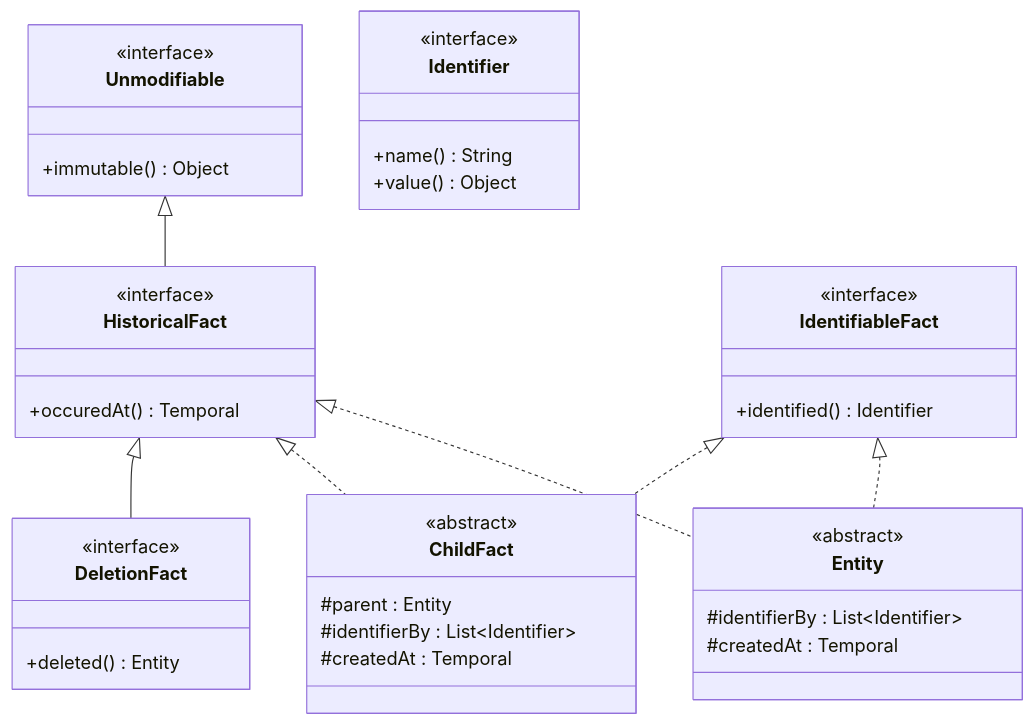
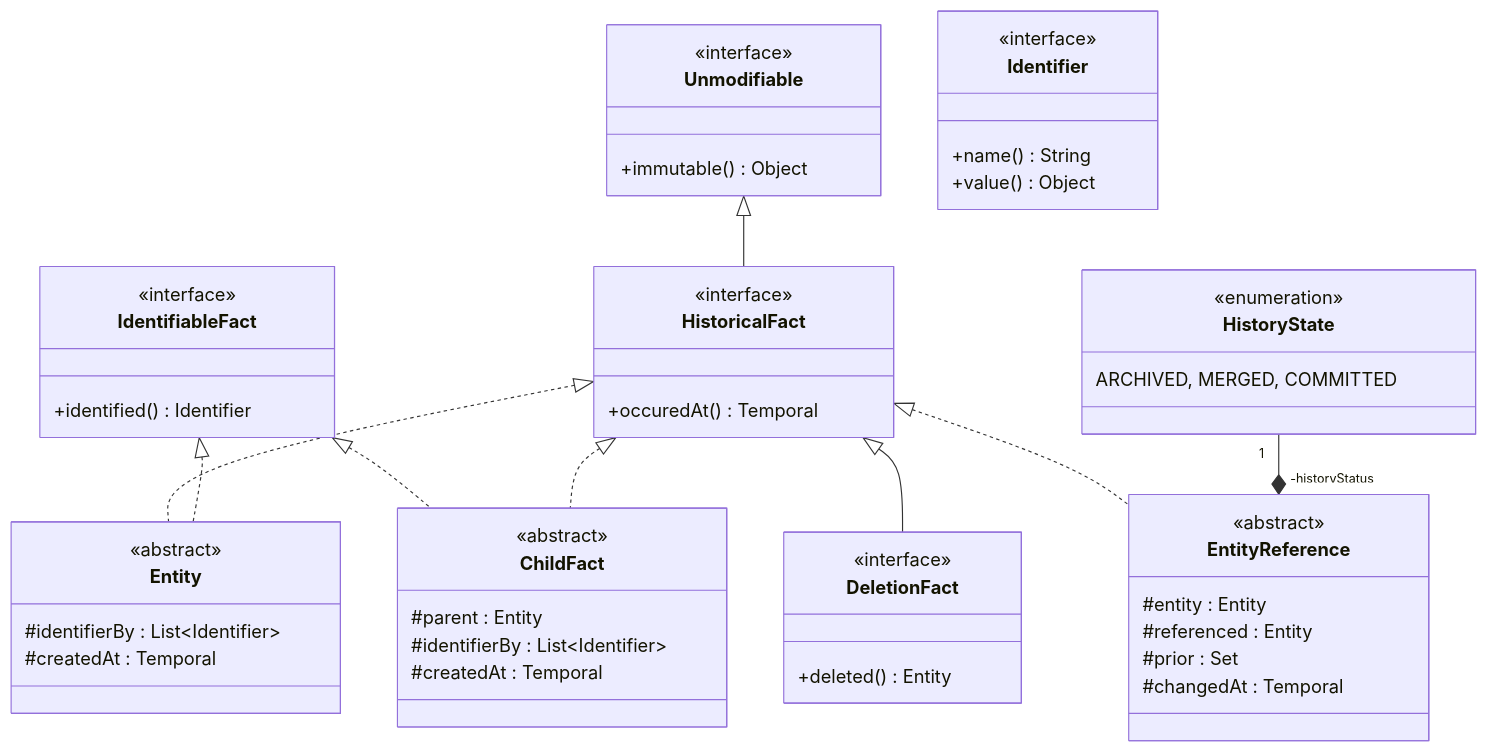
One commit to cybnity/foundation changed the diagram in implementations-line/framework/immutable/README.md. Above: the diagram before and after it, drawn with Mermaid. The commit also changed 4 other files, not shown here.

````diff
--- a/implementations-line/framework/immutable/README.md
+++ b/implementations-line/framework/immutable/README.md
@@ -27,41 +27,54 @@
 ```mermaid
 classDiagram
     HistoricalFact <|.. Entity
     IdentifiableFact <|.. Entity
     IdentifiableFact <|.. ChildFact
     Unmodifiable <|-- HistoricalFact
     HistoricalFact <|.. ChildFact
     HistoricalFact <|-- DeletionFact
+    HistoricalFact <|.. EntityReference
+    HistoryState "1" --* "-historyStatus" EntityReference
     class HistoricalFact {
         <<interface>>
         +occuredAt() Temporal
     }
     class IdentifiableFact {
         <<interface>>
         +identified() Identifier
     }
     class Entity {
         <<abstract>>
         #identifierBy : List~Identifier~
         #createdAt : Temporal
     }
     class ChildFact {
         <<abstract>>
         #parent : Entity
         #identifierBy : List~Identifier~
         #createdAt : Temporal
     }
     class DeletionFact {
         <<interface>>
         +deleted() Entity
     }
     class Unmodifiable {
         <<interface>>
         +immutable() Object
     }
     class Identifier {
         <<interface>>
         +name() String
         +value() Object
     }
+    class HistoryState {
+        <<enumeration>>
+        ARCHIVED, MERGED, COMMITTED
+    }
+    class EntityReference {
+        <<abstract>>
+        #entity : Entity
+        #referenced : Entity
+        #prior : Set<EntityReference>
+        #changedAt : Temporal
+    }
 ```
````
